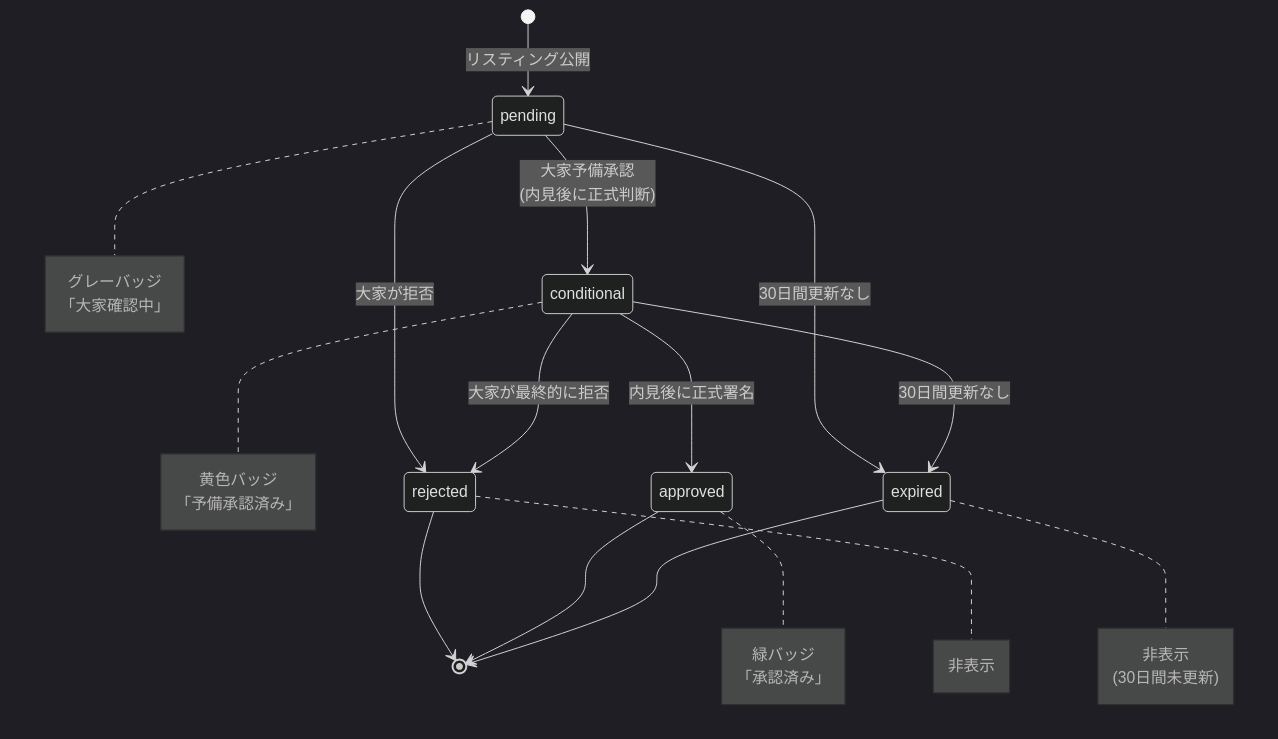
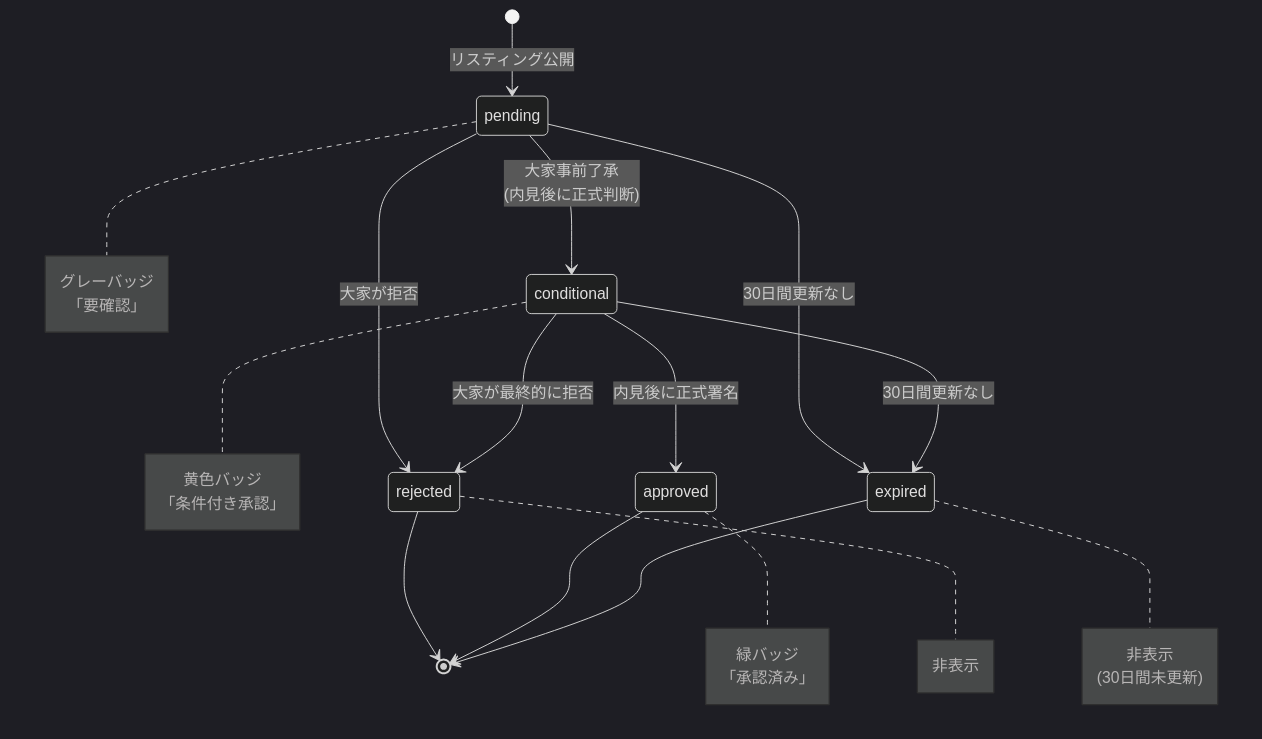
The second of 4 diagrams in docs/plans/approval-flow-diagram.md (kokiebisu/sumitsugi), drawn with Mermaid (dark theme) before and after one commit. The commit also changed other lines of this file and 1 other file, not shown here.

````diff
--- a/docs/plans/approval-flow-diagram.md
+++ b/docs/plans/approval-flow-diagram.md
@@ -59,40 +59,40 @@
 ```mermaid
 stateDiagram-v2
     [*] --> pending: リスティング公開
 
-    pending --> conditional: 大家予備承認<br/>(内見後に正式判断)
+    pending --> conditional: 大家事前了承<br/>(内見後に正式判断)
     pending --> rejected: 大家が拒否
     pending --> expired: 30日間更新なし
 
     conditional --> approved: 内見後に正式署名
     conditional --> rejected: 大家が最終的に拒否
     conditional --> expired: 30日間更新なし
 
     rejected --> [*]
     approved --> [*]
     expired --> [*]
 
     note right of pending
         グレーバッジ
-        「大家確認中」
+        「要確認」
     end note
 
     note right of conditional
         黄色バッジ
-        「予備承認済み」
+        「条件付き承認」
     end note
 
     note right of approved
         緑バッジ
         「承認済み」
     end note
 
     note right of rejected
         非表示
     end note
 
     note right of expired
         非表示
         (30日間未更新)
     end note
 ```
````
